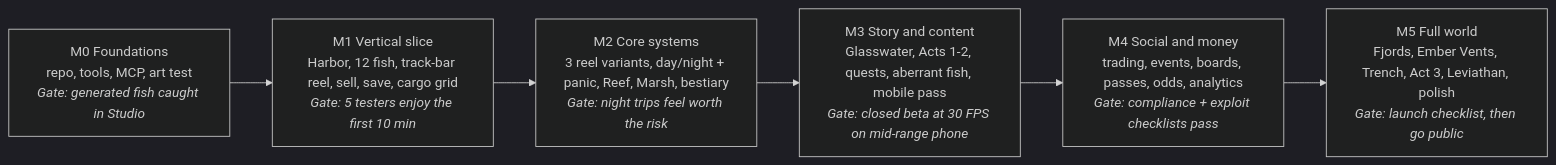
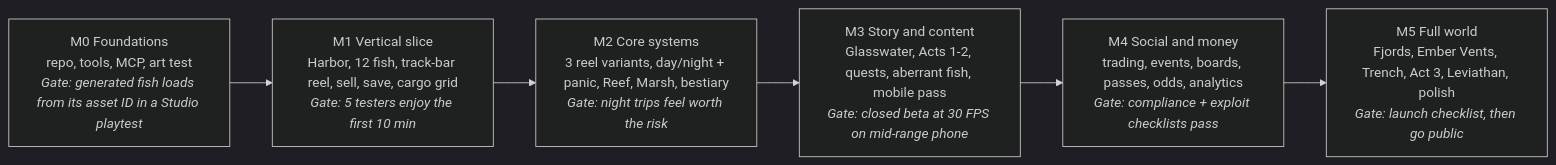
The second of 2 diagrams in docs/PRD.md (M-FarhanFadhillah/Lantern-Rite), drawn with Mermaid (dark theme) before and after one commit. The commit also changed other lines of this file and 8 other files, not shown here.

````diff
--- a/docs/PRD.md
+++ b/docs/PRD.md
@@ -623,8 +632,8 @@
 ```mermaid
 flowchart LR
-  M0["M0 Foundations<br/>repo, tools, MCP, art test<br/><i>Gate: generated fish caught in Studio</i>"] --> M1["M1 Vertical slice<br/>Harbor, 12 fish, track-bar reel, sell, save, cargo grid<br/><i>Gate: 5 testers enjoy the first 10 min</i>"]
+  M0["M0 Foundations<br/>repo, tools, MCP, art test<br/><i>Gate: generated fish loads from its asset ID in a Studio playtest</i>"] --> M1["M1 Vertical slice<br/>Harbor, 12 fish, track-bar reel, sell, save, cargo grid<br/><i>Gate: 5 testers enjoy the first 10 min</i>"]
   M1 --> M2["M2 Core systems<br/>3 reel variants, day/night + panic, Reef, Marsh, bestiary<br/><i>Gate: night trips feel worth the risk</i>"]
   M2 --> M3["M3 Story and content<br/>Glasswater, Acts 1-2, quests, aberrant fish, mobile pass<br/><i>Gate: closed beta at 30 FPS on mid-range phone</i>"]
   M3 --> M4["M4 Social and money<br/>trading, events, boards, passes, odds, analytics<br/><i>Gate: compliance + exploit checklists pass</i>"]
   M4 --> M5["M5 Full world<br/>Fjords, Ember Vents, Trench, Act 3, Leviathan, polish<br/><i>Gate: launch checklist, then go public</i>"]
 ```
````
